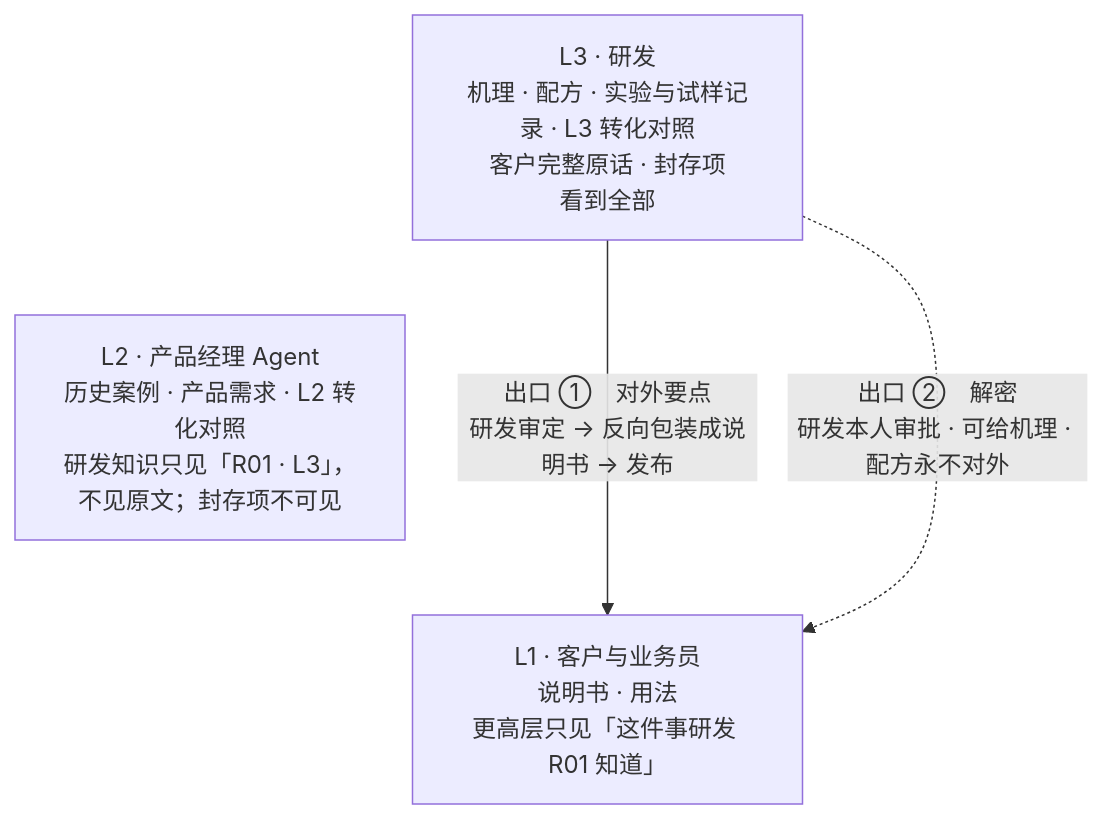
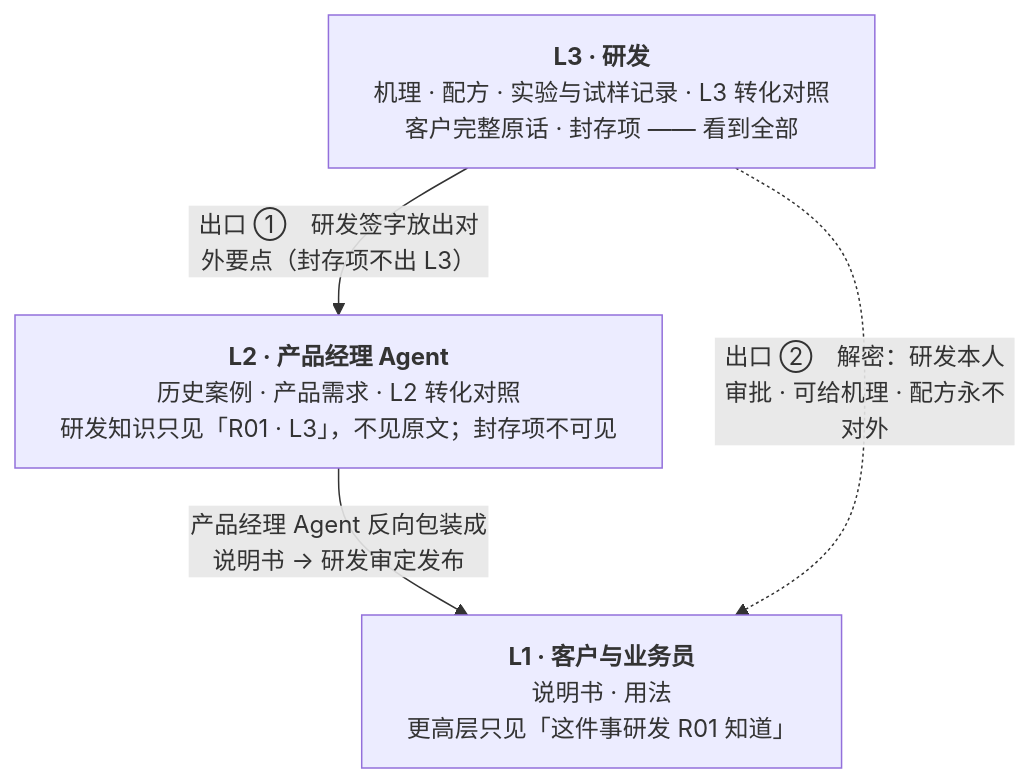
Before and after one commit to Deliaru/Hua-Yan: the fourth of 9 diagrams in README.md, drawn with Mermaid.

Commit message:
docs(README): 分级设计图改为 L3 → L2 → L1 两个出口（放出经产品经理 Agent 反向包装、解密直达 L1）

````diff
--- a/README.md
+++ b/README.md
@@ -271,9 +271,10 @@
 ```mermaid
+%%{init: {"flowchart": {"wrappingWidth": 420}}}%%
 flowchart TB
-    L3["L3 · 研发<br/>机理 · 配方 · 实验与试样记录 · L3 转化对照<br/>客户完整原话 · 封存项<br/>看到全部"]
-    L2["L2 · 产品经理 Agent<br/>历史案例 · 产品需求 · L2 转化对照<br/>研发知识只见「R01 · L3」，不见原文；封存项不可见"]
-    L1["L1 · 客户与业务员<br/>说明书 · 用法<br/>更高层只见「这件事研发 R01 知道」"]
-    L3 ~~~ L2 ~~~ L1
-    L3 -->|"出口 ①　对外要点<br/>研发审定 → 反向包装成说明书 → 发布"| L1
-    L3 -.->|"出口 ②　解密<br/>研发本人审批 · 可给机理 · 配方永不对外"| L1
+    L3["<b>L3 · 研发</b><br/>机理 · 配方 · 实验与试样记录 · L3 转化对照<br/>客户完整原话 · 封存项 —— 看到全部"]
+    L2["<b>L2 · 产品经理 Agent</b><br/>历史案例 · 产品需求 · L2 转化对照<br/>研发知识只见「R01 · L3」，不见原文；封存项不可见"]
+    L1["<b>L1 · 客户与业务员</b><br/>说明书 · 用法<br/>更高层只见「这件事研发 R01 知道」"]
+    L3 -->|"出口 ①　研发签字放出对外要点（封存项不出 L3）"| L2
+    L2 -->|"产品经理 Agent 反向包装成说明书 → 研发审定发布"| L1
+    L3 -.->|"出口 ②　解密：研发本人审批 · 可给机理 · 配方永不对外"| L1
 ```
````
